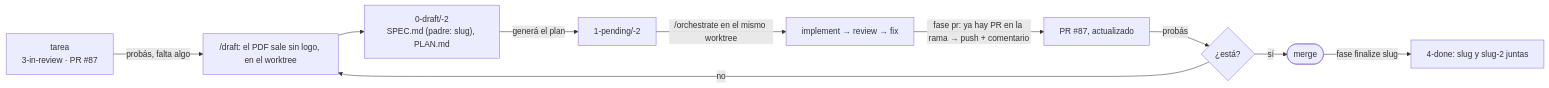
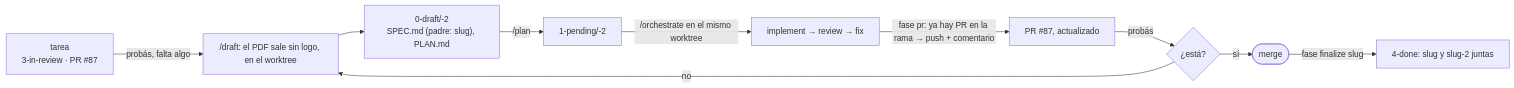
The diagram in skills/workflow/references/iterate.md (octavio-parozlabs/mindstack), drawn with Mermaid before and after one commit. The commit also changed other lines of this file and 17 other files, not shown here.

````diff
--- a/skills/workflow/references/iterate.md
+++ b/skills/workflow/references/iterate.md
@@ -5,11 +5,11 @@
 ```mermaid
 flowchart LR
     P["tarea <slug>\n3-in-review · PR #87"] -->|probás, falta algo| I["/draft: el PDF sale sin logo, en el worktree"]
     I --> A["0-draft/<slug>-2\nSPEC.md (padre: slug), PLAN.md"]
-    A -->|generá el plan| B["1-pending/<slug>-2"]
+    A -->|/plan| B["1-pending/<slug>-2"]
     B -->|/orchestrate en el mismo worktree| C["implement → review → fix"]
     C -->|"fase pr: ya hay PR en la rama → push + comentario"| P2["PR #87, actualizado"]
     P2 -->|probás| D{¿está?}
     D -- no --> I
     D -- sí --> M([merge]) -->|fase finalize slug| F["4-done: slug y slug-2 juntas"]
 ```
````
